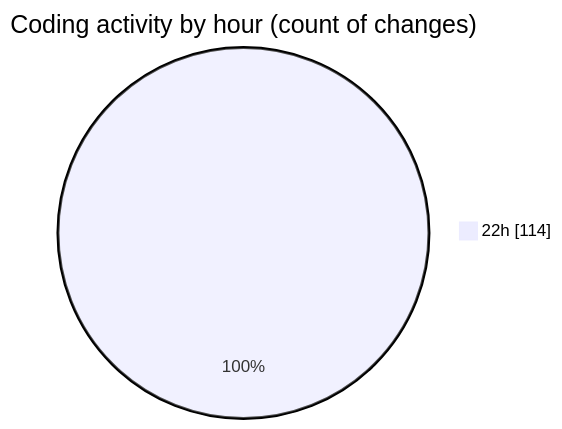
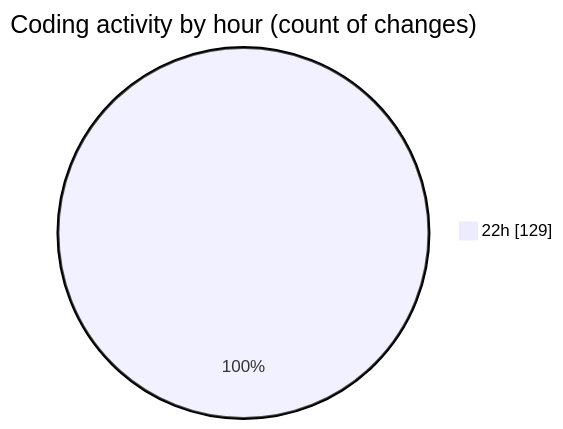
One commit to Ritupan-Deka/code-tracking changed the second of 2 diagrams in 2025-08-09/javascript/README.md. Above: the diagram before and after it, drawn with Mermaid. The commit also changed other lines of this file and 1 other file, not shown here.

````diff
--- a/2025-08-09/javascript/README.md
+++ b/2025-08-09/javascript/README.md
@@ -28,5 +28,5 @@
 ```mermaid
 pie showData
 title Coding activity by hour (count of changes)
-"22h" : 114
+"22h" : 129
 ```
````
